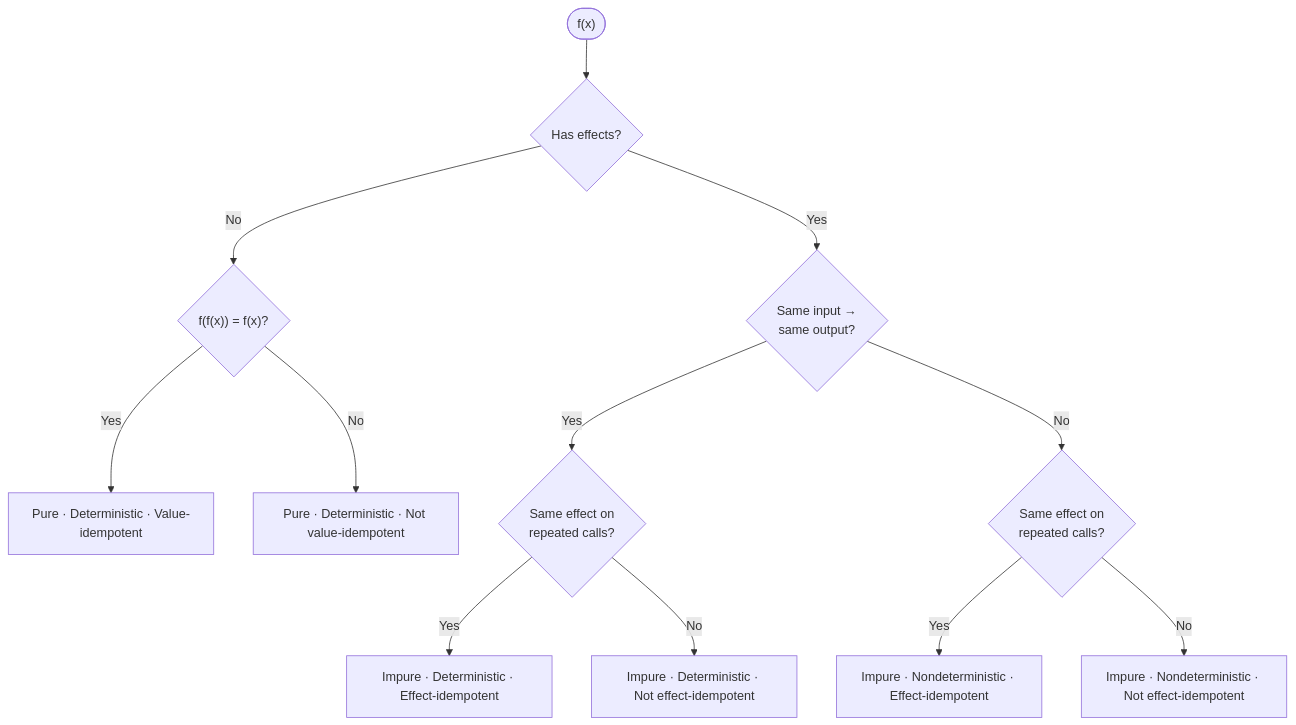
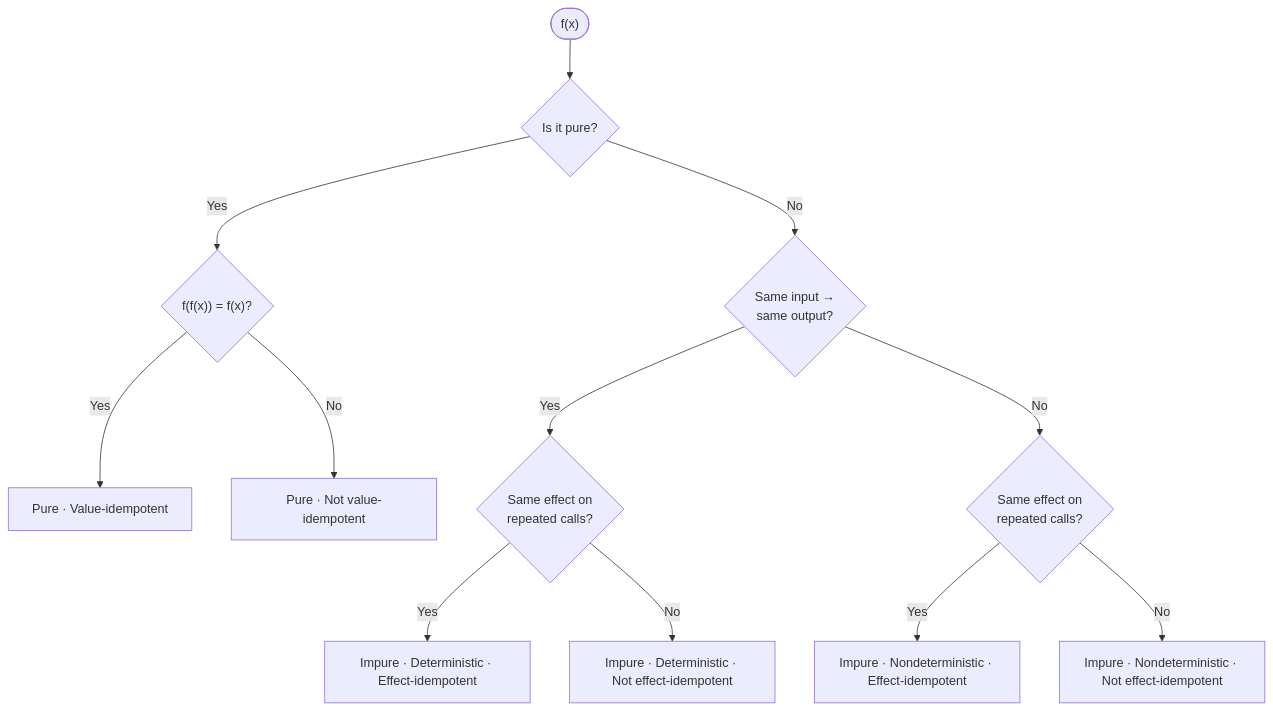
The diagram in content/post/2026-03-09-purity-determinism-and-idempotency-untangling-three-misunderstood-concepts.md (nilp0inter/nilp0inter.github.io), drawn with Mermaid before and after one commit. The commit also changed other lines of this file, not shown here.

````diff
--- a/content/post/2026-03-09-purity-determinism-and-idempotency-untangling-three-misunderstood-concepts.md
+++ b/content/post/2026-03-09-purity-determinism-and-idempotency-untangling-three-misunderstood-concepts.md
@@ -172,14 +172,14 @@
 ```mermaid
 flowchart TD
-    A(["f(x)"]) --> B{"Has effects?"}
-    B -- No --> V{"f(f(x)) = f(x)?"}
-    V -- Yes --> D1["Pure · Deterministic · Value-idempotent"]
-    V -- No --> D2["Pure · Deterministic · Not value-idempotent"]
-    B -- Yes --> F{"Same input →\nsame output?"}
+    A(["f(x)"]) --> B{"Is it pure?"}
+    B -- Yes --> V{"f(f(x)) = f(x)?"}
+    V -- Yes --> D1["Pure · Value-idempotent"]
+    V -- No --> D2["Pure · Not value-idempotent"]
+    B -- No --> F{"Same input →\nsame output?"}
     F -- Yes --> I1{"Same effect on\nrepeated calls?"}
     F -- No --> I2{"Same effect on\nrepeated calls?"}
     I1 -- Yes --> G1["Impure · Deterministic · Effect-idempotent"]
     I1 -- No --> G2["Impure · Deterministic · Not effect-idempotent"]
     I2 -- Yes --> H1["Impure · Nondeterministic · Effect-idempotent"]
     I2 -- No --> H2["Impure · Nondeterministic · Not effect-idempotent"]
 ```
````
